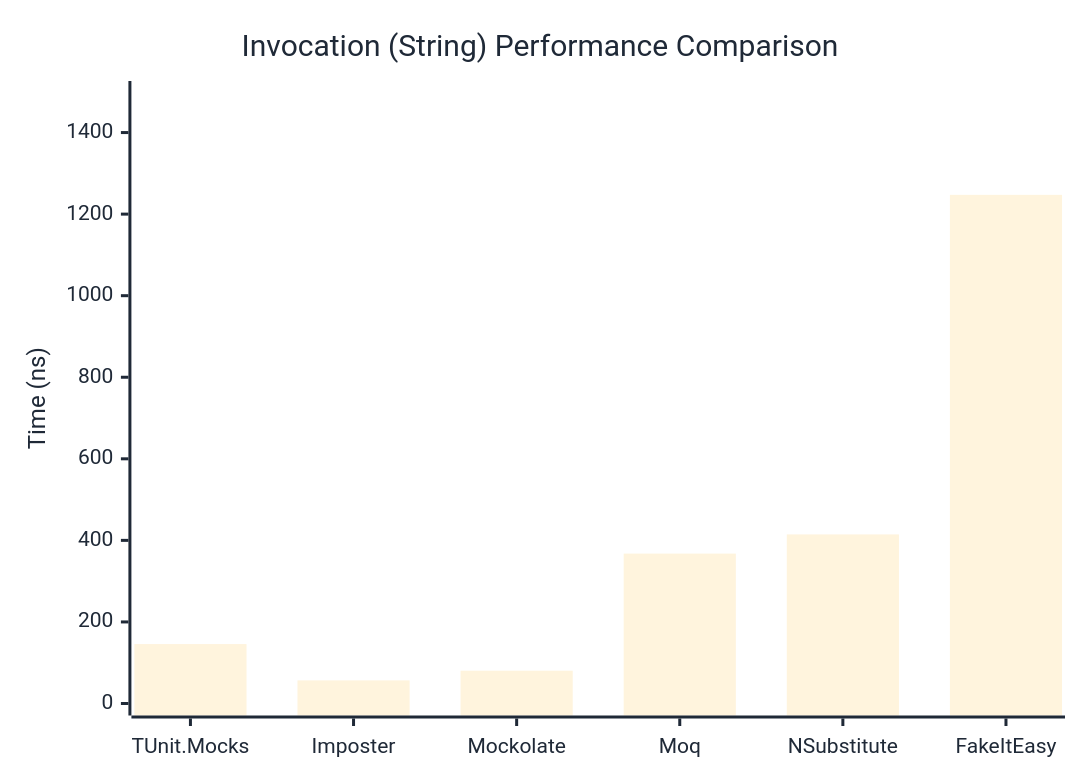
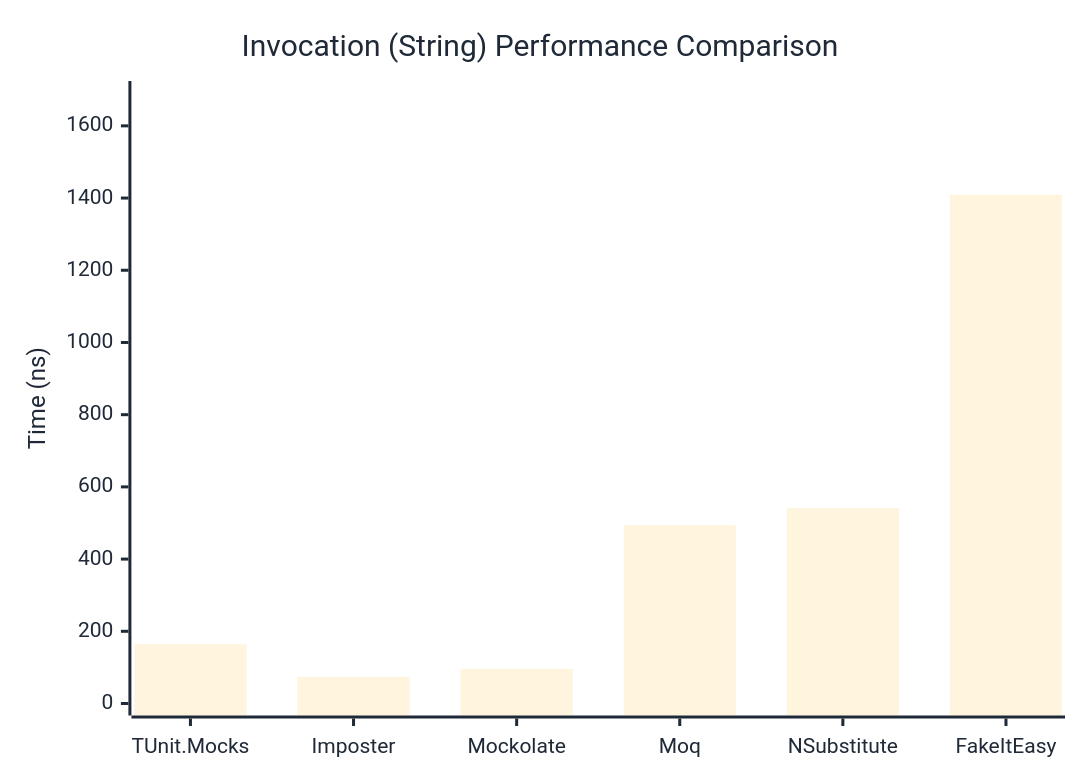
One commit to thomhurst/TUnit changed the second of 3 diagrams in docs/docs/benchmarks/mocks/Invocation.md. Above: the diagram before and after it, drawn with Mermaid. The commit also changed other lines of this file and 14 other files, not shown here.

````diff
--- a/docs/docs/benchmarks/mocks/Invocation.md
+++ b/docs/docs/benchmarks/mocks/Invocation.md
@@ -71,27 +71,27 @@
 ```mermaid
 %%{init: {
   'theme':'base',
   'themeVariables': {
     'primaryColor': '#2563eb',
     'primaryTextColor': '#1f2937',
     'primaryBorderColor': '#1e40af',
     'lineColor': '#6b7280',
     'secondaryColor': '#7c3aed',
     'tertiaryColor': '#dc2626',
     'background': '#ffffff',
     'pie1': '#2563eb',
     'pie2': '#7c3aed',
     'pie3': '#dc2626',
     'pie4': '#f59e0b',
     'pie5': '#10b981',
     'pie6': '#06b6d4',
     'pie7': '#ec4899',
     'pie8': '#6366f1'
   }
 }}%%
 xychart-beta
   title "Invocation (String) Performance Comparison"
   x-axis ["TUnit.Mocks", "Imposter", "Mockolate", "Moq", "NSubstitute", "FakeItEasy"]
-  y-axis "Time (ns)" 0 --> 1497
-  bar [145.73, 56.65, 80.4, 367.57, 414.62, 1247.28]
+  y-axis "Time (ns)" 0 --> 1691
+  bar [164.15, 73.66, 96.24, 494, 540.84, 1409.12]
 ```
````
